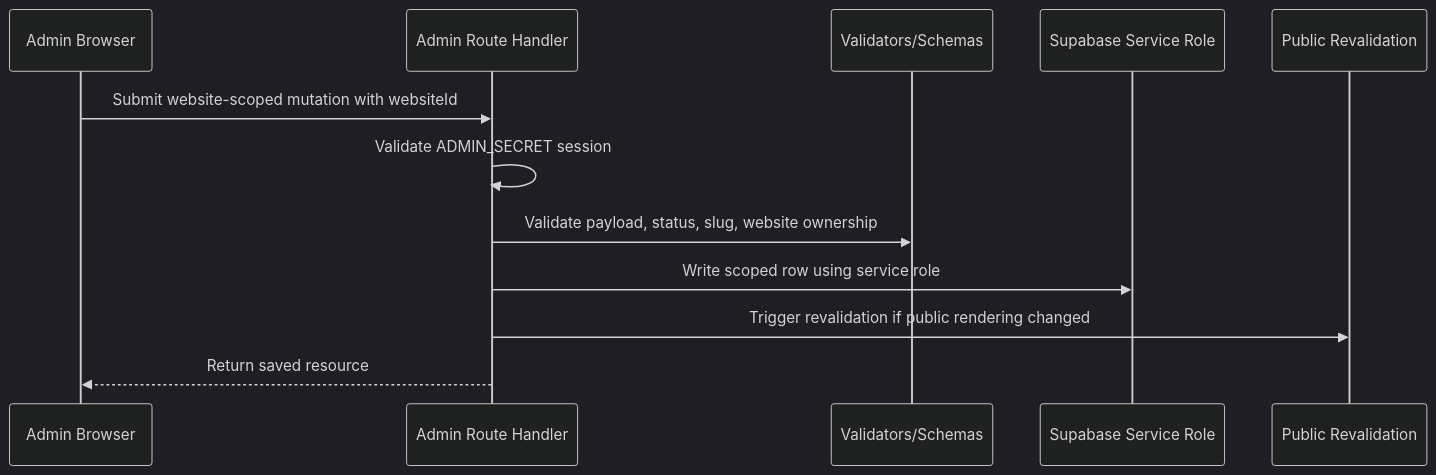
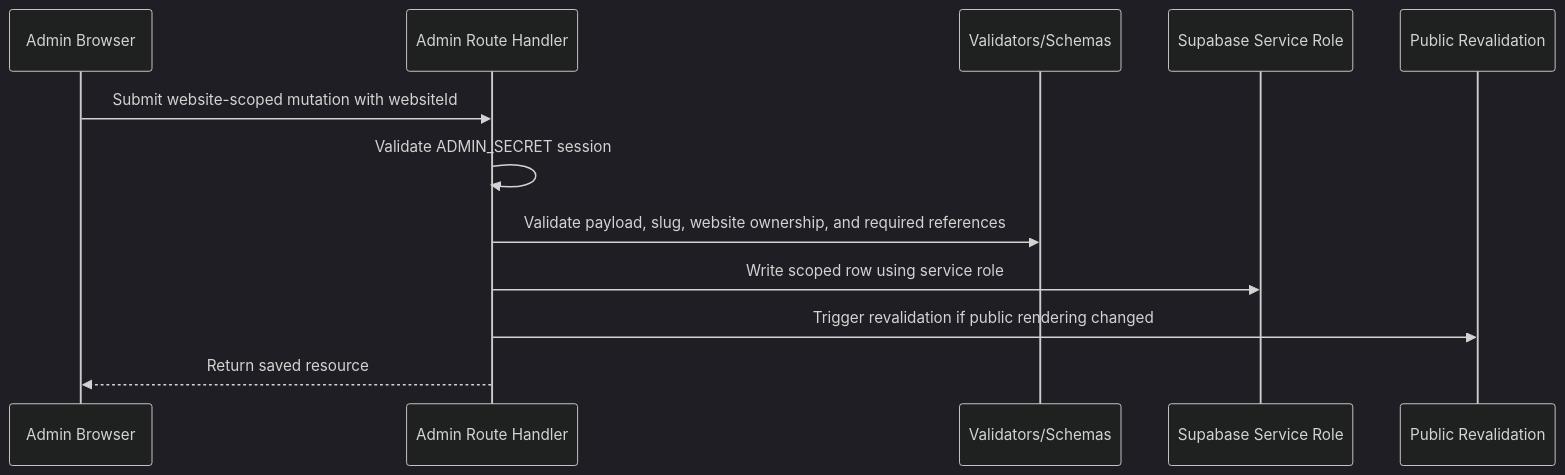
The second of 6 diagrams in docs/ARCHITECTURE.md (nisarhali2022/Admin-CMS), drawn with Mermaid (dark theme) before and after one commit. The commit also changed other lines of this file and 39 other files, not shown here.

````diff
--- a/docs/ARCHITECTURE.md
+++ b/docs/ARCHITECTURE.md
@@ -68,15 +68,15 @@
 ```mermaid
 sequenceDiagram
   participant A as Admin Browser
   participant R as Admin Route Handler
   participant V as Validators/Schemas
   participant DB as Supabase Service Role
   participant W as Public Revalidation
 
   A->>R: Submit website-scoped mutation with websiteId
   R->>R: Validate ADMIN_SECRET session
-  R->>V: Validate payload, status, slug, website ownership
+  R->>V: Validate payload, slug, website ownership, and required references
   R->>DB: Write scoped row using service role
   R->>W: Trigger revalidation if public rendering changed
   R-->>A: Return saved resource
 ```
````
